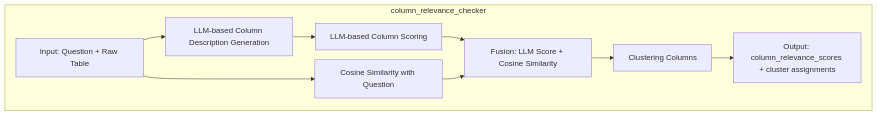
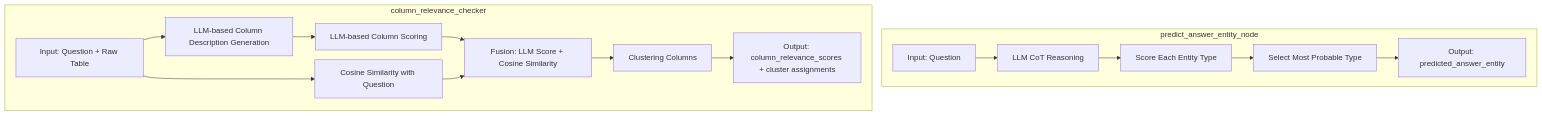
One commit to torijune/ATF-Adaptive-Table-Filtering-Framework changed the second of 3 diagrams in README.md. Above: the diagram before and after it, drawn with Mermaid. The commit also changed other lines of this file, not shown here.

````diff
--- a/README.md
+++ b/README.md
@@ -79,21 +82,34 @@
 ```mermaid
 %%{init: {'theme':'default', 'flowchart': {'nodeSpacing': 20, 'rankSpacing': 20}}}%%
 graph TD
+    subgraph predict_answer_entity_node
+        P1[Input: Question]
+        P2[LLM CoT Reasoning]
+        P3[Score Each Entity Type]
+        P4[Select Most Probable Type]
+        P5[Output: predicted_answer_entity]
+        
+        P1 --> P2
+        P2 --> P3
+        P3 --> P4
+        P4 --> P5
+    end
+
     subgraph column_relevance_checker
         A1[Input: Question + Raw Table]
         A2[LLM-based Column Description Generation]
         A3[LLM-based Column Scoring]
         A4[Cosine Similarity with Question]
         A5[Fusion: LLM Score + Cosine Similarity]
         A6[Clustering Columns]
         A7[Output: column_relevance_scores + cluster assignments]
         
         A1 --> A2
         A2 --> A3
         A1 --> A4
         A3 --> A5
         A4 --> A5
         A5 --> A6
         A6 --> A7
     end
 ```
````
